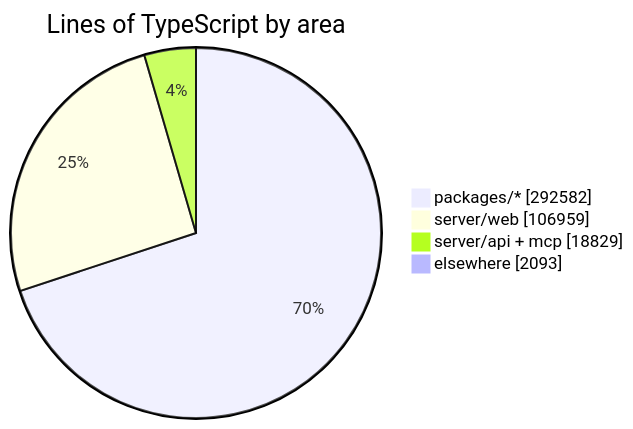
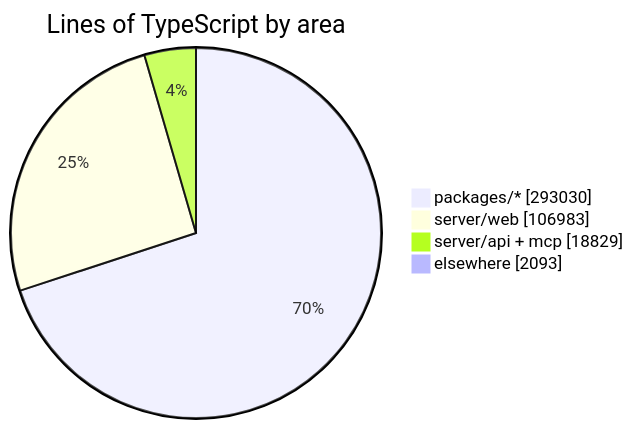
The diagram in README.md (crossworks-engineering/mantle), drawn with Mermaid before and after one commit. The commit also changed other lines of this file and 2 other files, not shown here.

````diff
--- a/README.md
+++ b/README.md
@@ -294,7 +294,7 @@
 ```mermaid
 pie showData title Lines of TypeScript by area
-    "packages/*" : 292582
-    "server/web" : 106959
+    "packages/*" : 293030
+    "server/web" : 106983
     "server/api + mcp" : 18829
     "elsewhere" : 2093
 ```
````
